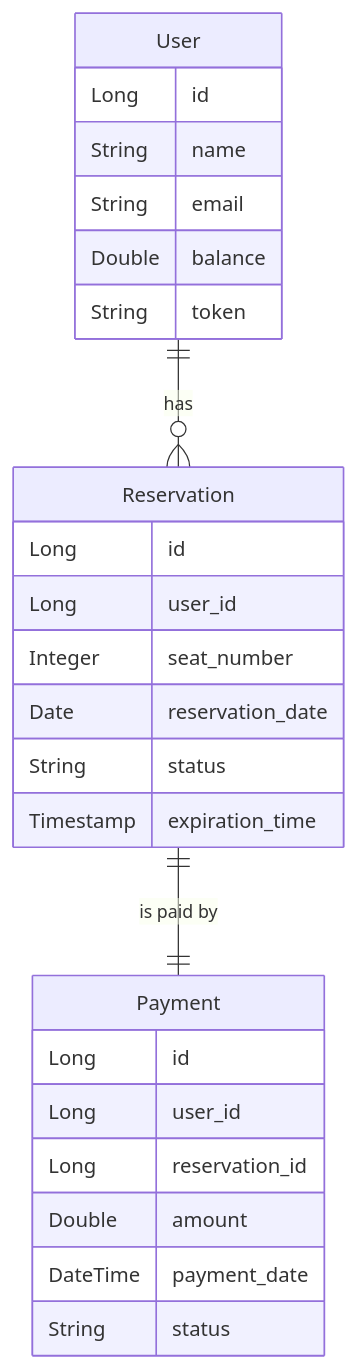
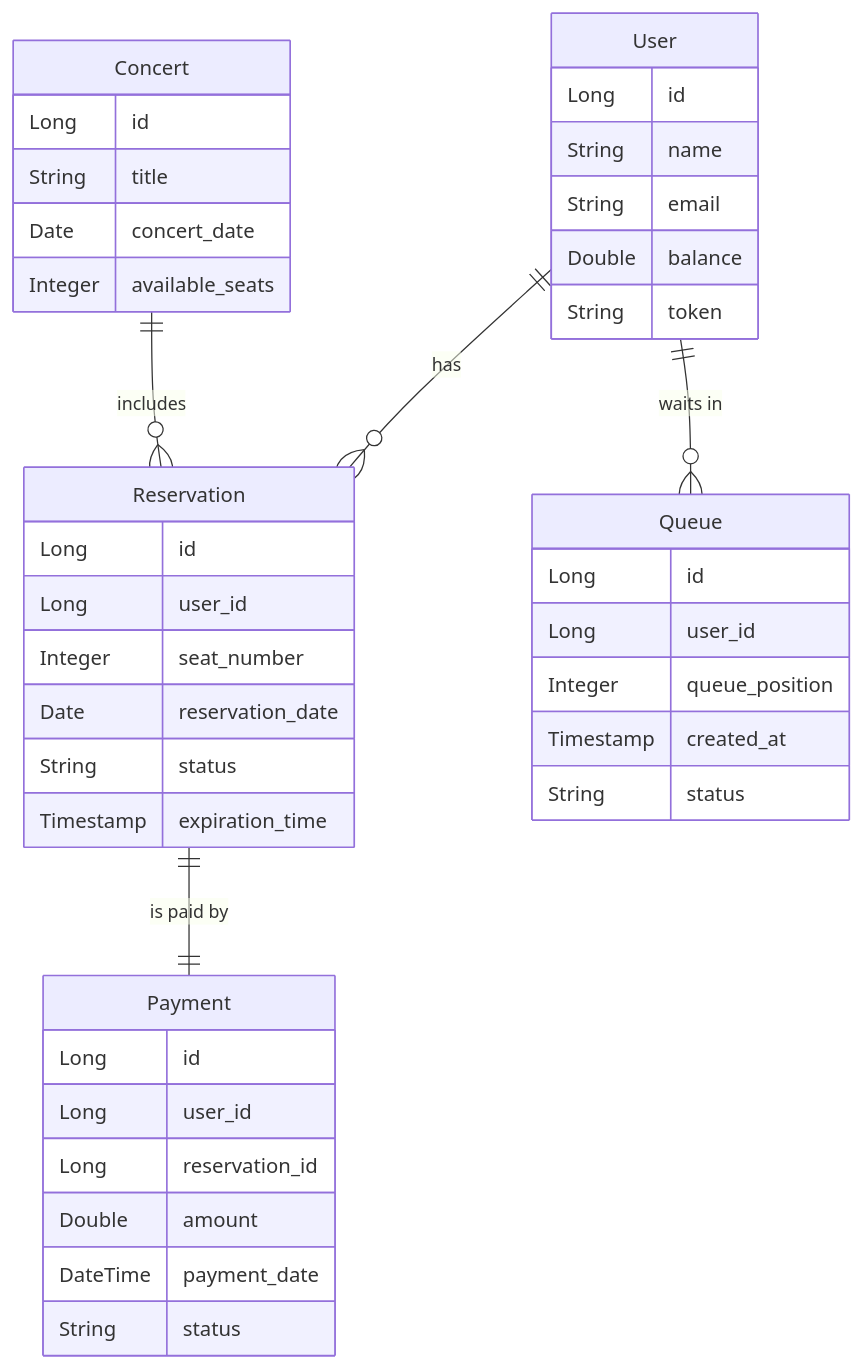
Before and after one commit to itstimi-XD/ConcertReservation: the diagram in Readme.md, drawn with Mermaid. The commit also changed other lines of this file, not shown here.

Commit message:
Chore: 누락된 queue와 concert table을 ERD에 추가 및 리드미에 반영.

````diff
--- a/Readme.md
+++ b/Readme.md
@@ -123,32 +143,48 @@
 ```mermaid
 erDiagram
     User ||--o{ Reservation : "has"
     Reservation ||--|| Payment : "is paid by"
+    User ||--o{ Queue : "waits in"
+    Concert ||--o{ Reservation : "includes"
     
     User {
         Long id
         String name
         String email
         Double balance
         String token
     }
     
     Reservation {
         Long id
         Long user_id
         Integer seat_number
         Date reservation_date
         String status
         Timestamp expiration_time
     }
     
     Payment {
         Long id
         Long user_id
         Long reservation_id
         Double amount
         DateTime payment_date
         String status
     }
 
+    Queue {
+            Long id
+            Long user_id
+            Integer queue_position
+            Timestamp created_at
+            String status
+    }
+    
+    Concert {
+        Long id
+        String title
+        Date concert_date
+        Integer available_seats
+    }
 ```
````
